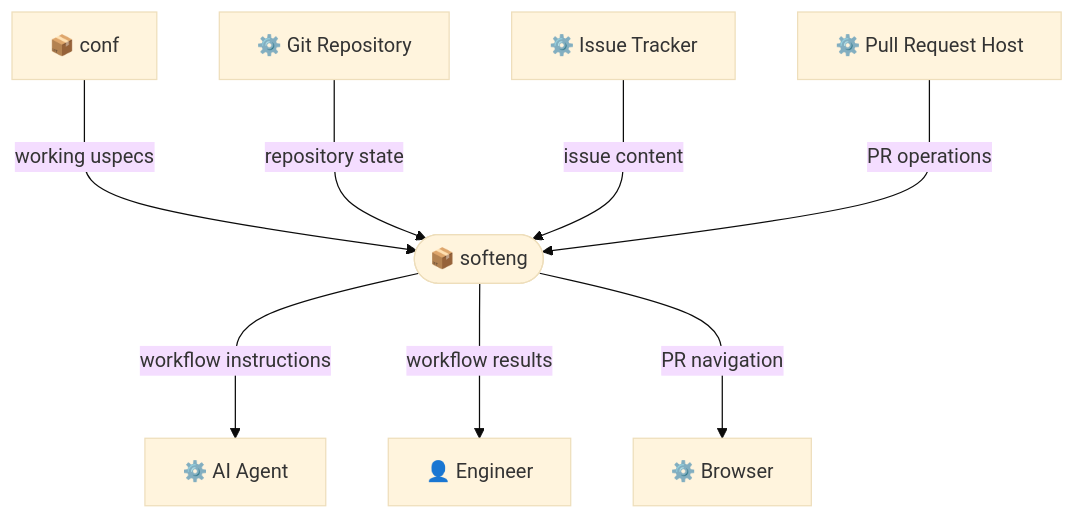
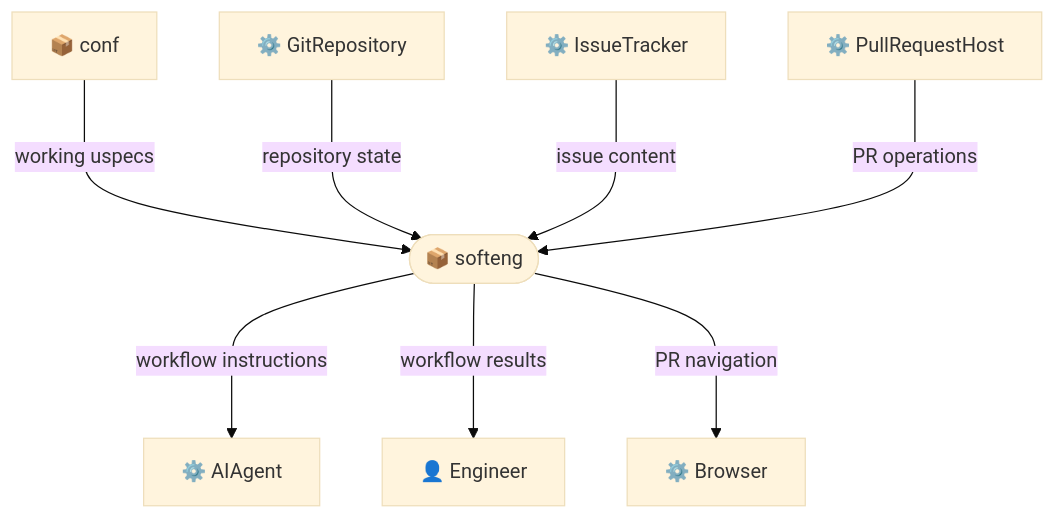
One commit to untillpro/uspecs changed the first of 4 diagrams in uspecs/specs/prod/softeng/context.md. Above: the diagram before and after it, drawn with Mermaid (base theme). The commit also changed other lines of this file and 10 other files, not shown here.

````diff
--- a/uspecs/specs/prod/softeng/context.md
+++ b/uspecs/specs/prod/softeng/context.md
@@ -45,18 +45,18 @@
 ```mermaid
 graph TD
   softeng(["📦 softeng"])
   conf["📦 conf"]
   Engineer["👤 Engineer"]
-  AIAgent["⚙️ AI Agent"]
-  GitRepository["⚙️ Git Repository"]
-  PullRequestHost["⚙️ Pull Request Host"]
-  IssueTracker["⚙️ Issue Tracker"]
+  AIAgent["⚙️ AIAgent"]
+  GitRepository["⚙️ GitRepository"]
+  PullRequestHost["⚙️ PullRequestHost"]
+  IssueTracker["⚙️ IssueTracker"]
   Browser["⚙️ Browser"]
   conf --->|"working uspecs"| softeng
   GitRepository --->|"repository state"| softeng
   IssueTracker --->|"issue content"| softeng
   PullRequestHost --->|"PR operations"| softeng
   softeng --->|"workflow instructions"| AIAgent
   softeng --->|"workflow results"| Engineer
   softeng --->|"PR navigation"| Browser
 ```
````
